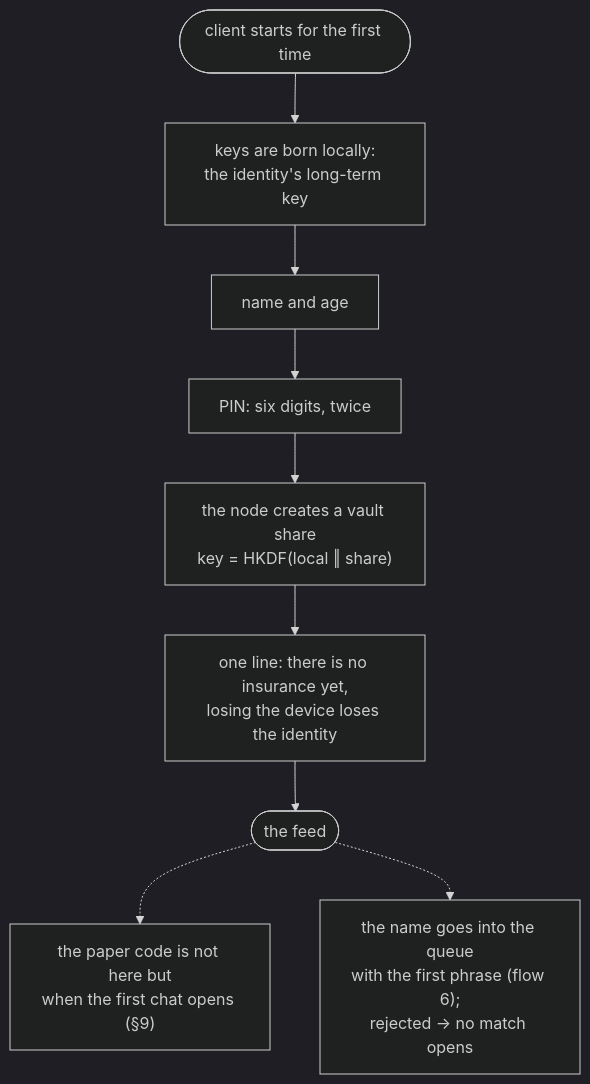
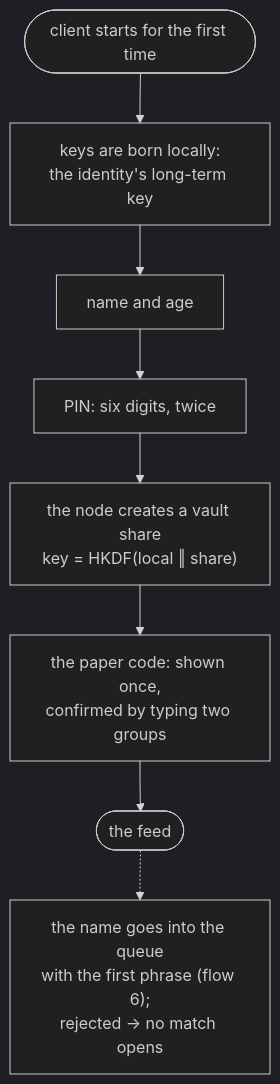
Before and after one commit to panov-id/xor.ad: the first of 26 diagrams in docs/chat-flows_EN.md, drawn with Mermaid (dark theme). The commit also changed 5 other files, not shown here.

````diff
--- a/docs/chat-flows_EN.md
+++ b/docs/chat-flows_EN.md
@@ -23,11 +23,10 @@
 ```mermaid
 flowchart TD
   start(["client starts for the first time"]) --> keys["keys are born locally:<br/>the identity's long-term key"]
   keys --> form["name and age"]
   form --> pin["PIN: six digits, twice"]
   pin --> share["the node creates a vault share<br/>key = HKDF#40;local ‖ share#41;"]
-  share --> warn["one line: there is no insurance yet,<br/>losing the device loses the identity"]
-  warn --> feed(["the feed"])
-  feed -.-> later["the paper code is not here but<br/>when the first chat opens #40;§9#41;"]
+  share --> code["the paper code: shown once,<br/>confirmed by typing two groups"]
+  code --> feed(["the feed"])
   feed -.-> namecheck["the name goes into the queue<br/>with the first phrase #40;flow 6#41;;<br/>rejected → no match opens"]
 ```
````
